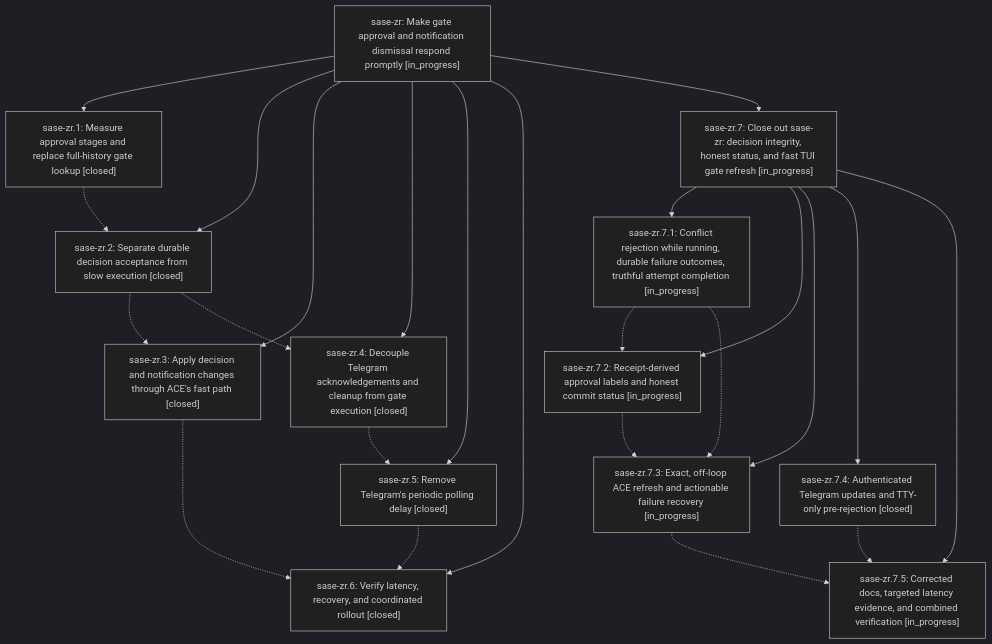
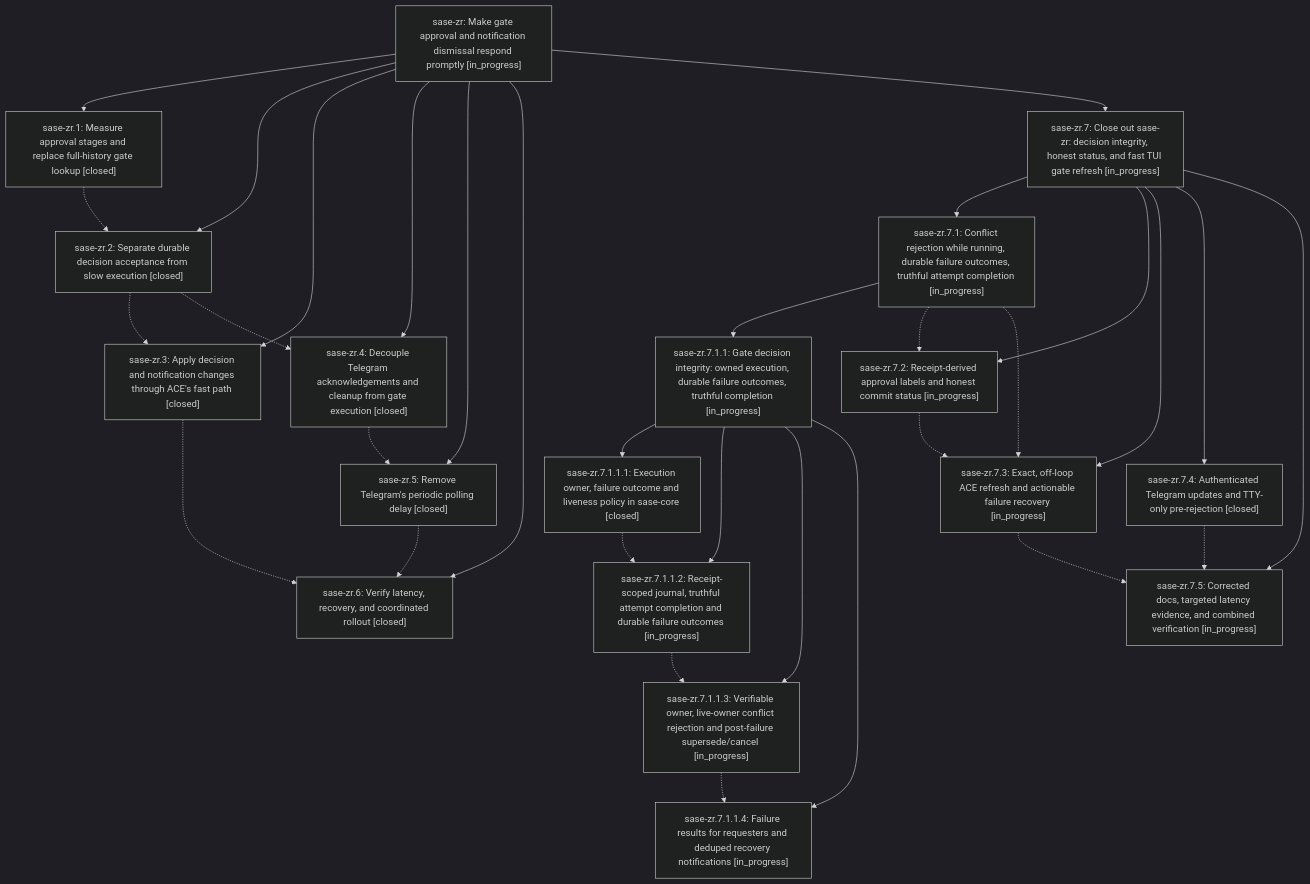
Before and after one commit to sase-org/sase--beads: the diagram in pages/sase-zr/README.md, drawn with Mermaid (dark theme). The commit also changed other lines of this file and 9 other files, not shown here.

````diff
--- a/pages/sase-zr/README.md
+++ b/pages/sase-zr/README.md
@@ -80,39 +92,52 @@
 ```mermaid
 flowchart TD
     n0["sase-zr: Make gate approval and notification dismissal respond promptly [in_progress]"]
     n1["sase-zr.1: Measure approval stages and replace full-history gate lookup [closed]"]
     n2["sase-zr.2: Separate durable decision acceptance from slow execution [closed]"]
     n3["sase-zr.3: Apply decision and notification changes through ACE's fast path [closed]"]
     n4["sase-zr.4: Decouple Telegram acknowledgements and cleanup from gate execution [closed]"]
     n5["sase-zr.5: Remove Telegram's periodic polling delay [closed]"]
     n6["sase-zr.6: Verify latency, recovery, and coordinated rollout [closed]"]
     n7["sase-zr.7: Close out sase-zr: decision integrity, honest status, and fast TUI gate refresh [in_progress]"]
     n8["sase-zr.7.1: Conflict rejection while running, durable failure outcomes, truthful attempt completion [in_progress]"]
-    n9["sase-zr.7.2: Receipt-derived approval labels and honest commit status [in_progress]"]
-    n10["sase-zr.7.3: Exact, off-loop ACE refresh and actionable failure recovery [in_progress]"]
-    n11["sase-zr.7.4: Authenticated Telegram updates and TTY-only pre-rejection [closed]"]
-    n12["sase-zr.7.5: Corrected docs, targeted latency evidence, and combined verification [in_progress]"]
+    n9["sase-zr.7.1.1: Gate decision integrity: owned execution, durable failure outcomes, truthful completion [in_progress]"]
+    n10["sase-zr.7.1.1.1: Execution owner, failure outcome and liveness policy in sase-core [closed]"]
+    n11["sase-zr.7.1.1.2: Receipt-scoped journal, truthful attempt completion and durable failure outcomes [in_progress]"]
+    n12["sase-zr.7.1.1.3: Verifiable owner, live-owner conflict rejection and post-failure supersede/cancel [in_progress]"]
+    n13["sase-zr.7.1.1.4: Failure results for requesters and deduped recovery notifications [in_progress]"]
+    n14["sase-zr.7.2: Receipt-derived approval labels and honest commit status [in_progress]"]
+    n15["sase-zr.7.3: Exact, off-loop ACE refresh and actionable failure recovery [in_progress]"]
+    n16["sase-zr.7.4: Authenticated Telegram updates and TTY-only pre-rejection [closed]"]
+    n17["sase-zr.7.5: Corrected docs, targeted latency evidence, and combined verification [in_progress]"]
     n0 --> n1
     n0 --> n2
     n0 --> n3
     n0 --> n4
     n0 --> n5
     n0 --> n6
     n0 --> n7
     n7 --> n8
-    n7 --> n9
-    n7 --> n10
-    n7 --> n11
-    n7 --> n12
+    n8 --> n9
+    n9 --> n10
+    n9 --> n11
+    n9 --> n12
+    n9 --> n13
+    n7 --> n14
+    n7 --> n15
+    n7 --> n16
+    n7 --> n17
     n1 -.-> n2
     n2 -.-> n3
     n2 -.-> n4
     n3 -.-> n6
     n4 -.-> n5
     n5 -.-> n6
-    n8 -.-> n9
-    n8 -.-> n10
-    n9 -.-> n10
-    n10 -.-> n12
+    n8 -.-> n14
+    n8 -.-> n15
+    n10 -.-> n11
     n11 -.-> n12
+    n12 -.-> n13
+    n14 -.-> n15
+    n15 -.-> n17
+    n16 -.-> n17
 ```
````
